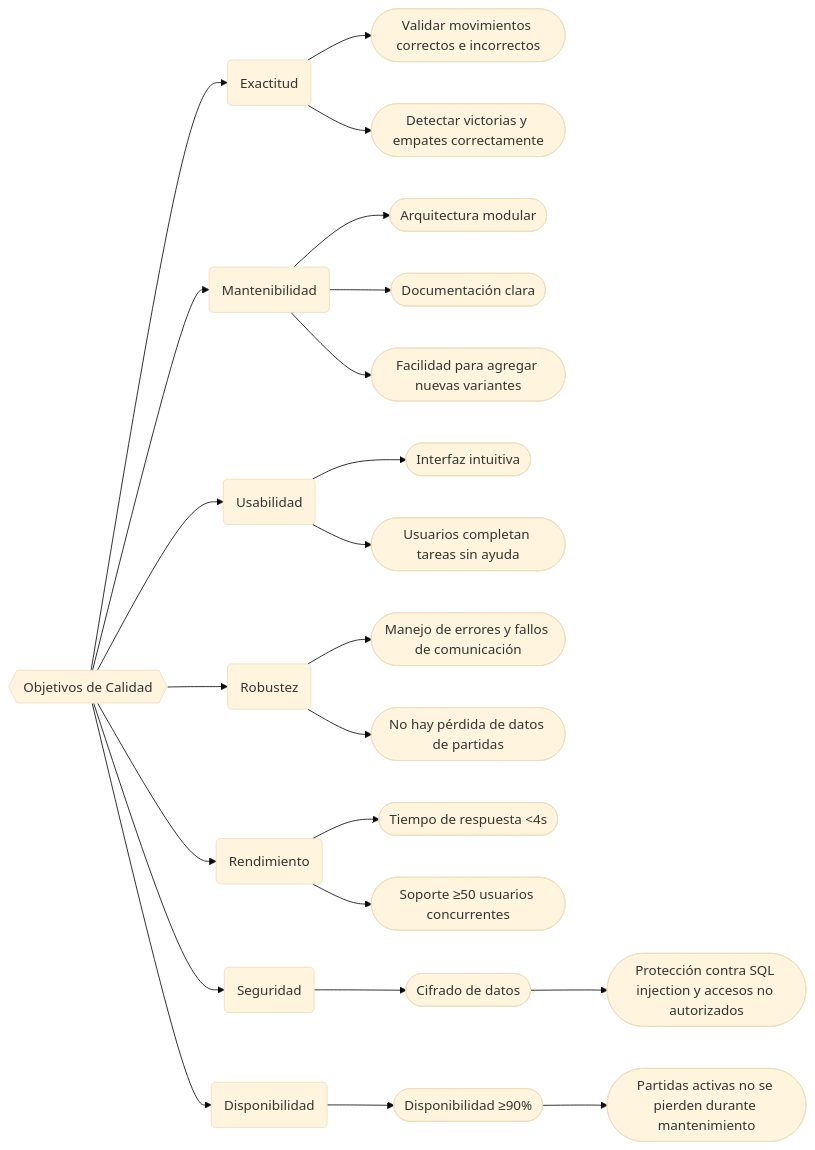
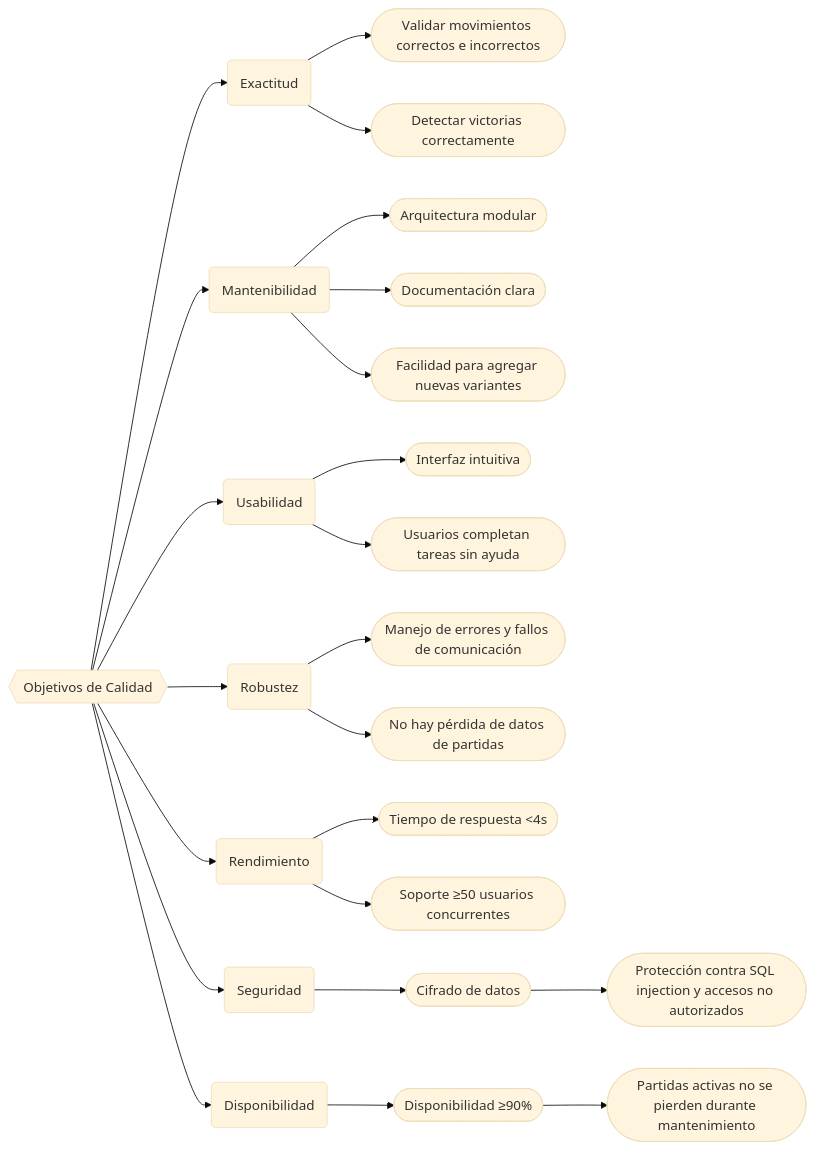
One commit to Arquisoft/yovi_es5c changed the first of 7 diagrams in docs/src/10_quality_requirements.adoc. Above: the diagram before and after it, drawn with Mermaid (base theme). The commit also changed other lines of this file, not shown here.

```diff
--- a/docs/src/10_quality_requirements.adoc
+++ b/docs/src/10_quality_requirements.adoc
@@ -52,34 +52,34 @@
 [mermaid, "business-context", png]
 ----
 flowchart LR
     A{{"Objetivos de Calidad"}} --> nE("Exactitud")
     A --> nM("Mantenibilidad")
     A --> nU("Usabilidad")
     A --> nR("Robustez")
     A --> nP("Rendimiento")
     A --> nS("Seguridad")
     A --> nD("Disponibilidad")
 
     nE --> e1(["Validar movimientos correctos e incorrectos"])
-    nE --> e2(["Detectar victorias y empates correctamente"])
+    nE --> e2(["Detectar victorias correctamente"])
 
     nM --> m1(["Arquitectura modular"])
     nM --> m2(["Documentación clara"])
     nM --> m3(["Facilidad para agregar nuevas variantes"])
 
     nU --> u1(["Interfaz intuitiva"])
     nU --> u2(["Usuarios completan tareas sin ayuda"])
 
     nR --> r1(["Manejo de errores y fallos de comunicación"])
     nR --> r2(["No hay pérdida de datos de partidas"])
 
     nP --> p1(["Tiempo de respuesta <4s"])
     nP --> p2(["Soporte ≥50 usuarios concurrentes"])
 
     nS --> s1(["Cifrado de datos"])
     s1 --> s2(["Protección contra SQL injection y accesos no autorizados"])
 
     nD --> d1(["Disponibilidad ≥90%"])
     d1 --> d2(["Partidas activas no se pierden durante mantenimiento"])
 
 ----
```
